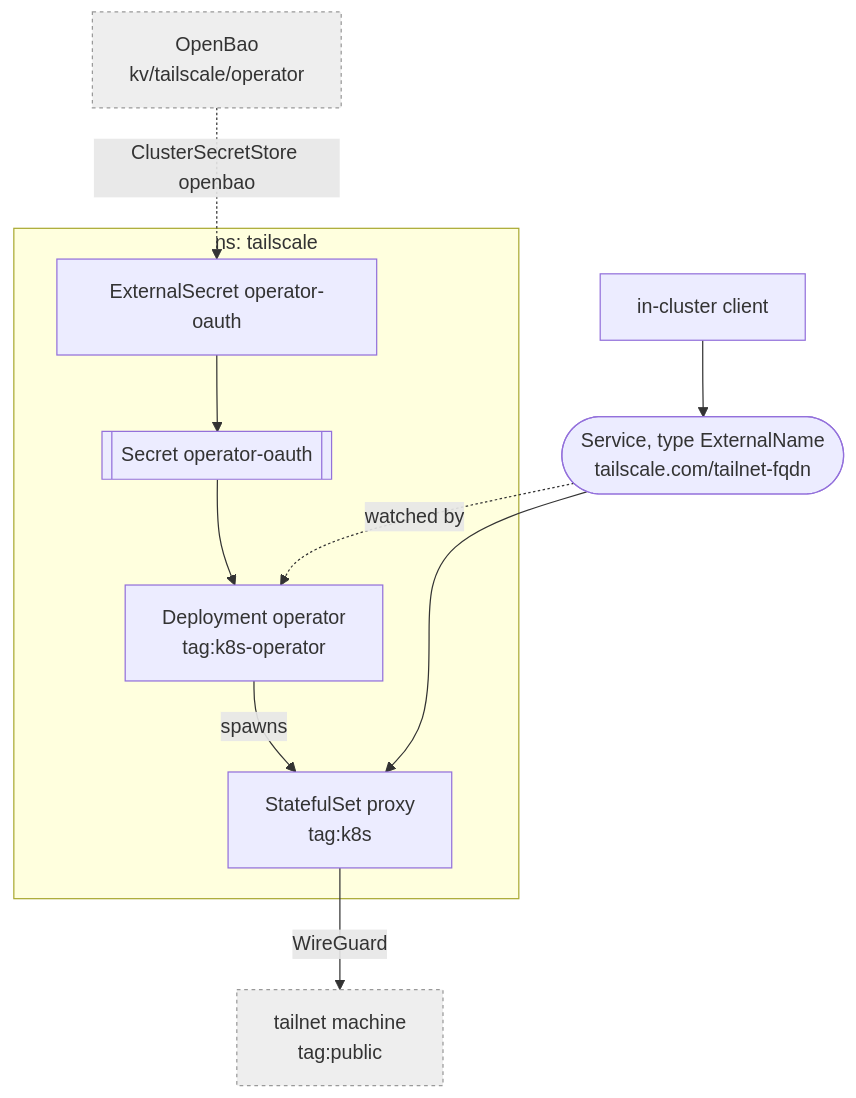
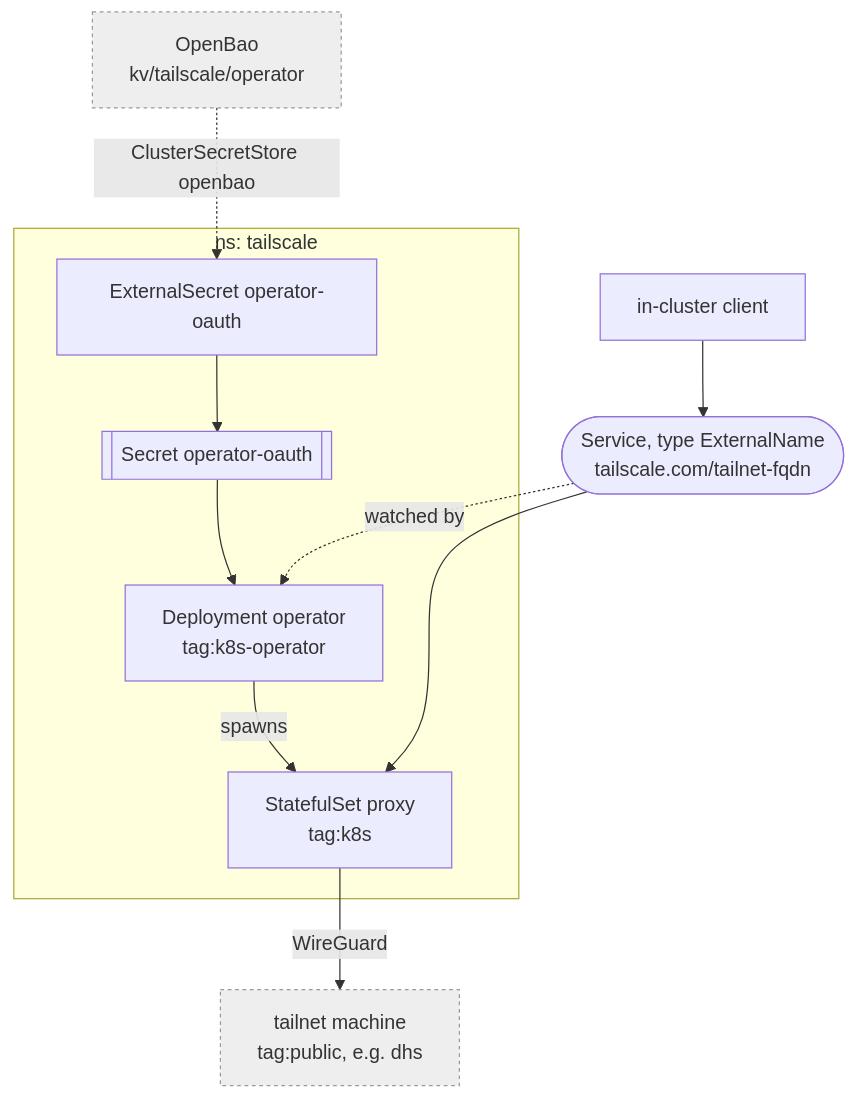
One commit to Sojamann/homelab-apps changed the diagram in docs/tailscale.md. Above: the diagram before and after it, drawn with Mermaid. The commit also changed other lines of this file and 14 other files, not shown here.

Commit message:
dhs: postgres dump and scrape over the tailnet

````diff
--- a/docs/tailscale.md
+++ b/docs/tailscale.md
@@ -8,16 +8,16 @@
 ```mermaid
 graph TD
   subgraph t["ns: tailscale"]
     ES["ExternalSecret operator-oauth"] --> SEC[["Secret operator-oauth"]]
     SEC --> OP["Deployment operator<br/>tag:k8s-operator"]
     OP -->|spawns| PX["StatefulSet proxy<br/>tag:k8s"]
   end
 
   SVC(["Service, type ExternalName<br/>tailscale.com/tailnet-fqdn"]) -.->|watched by| OP
   CL["in-cluster client"] --> SVC --> PX
-  PX -->|WireGuard| PUB["tailnet machine<br/>tag:public"]
+  PX -->|WireGuard| PUB["tailnet machine<br/>tag:public, e.g. dhs"]
   BAO["OpenBao<br/>kv/tailscale/operator"] -.->|ClusterSecretStore openbao| ES
 
   classDef ext fill:#eee,stroke:#999,stroke-dasharray:3 3;
   class BAO,PUB ext;
 ```
````
